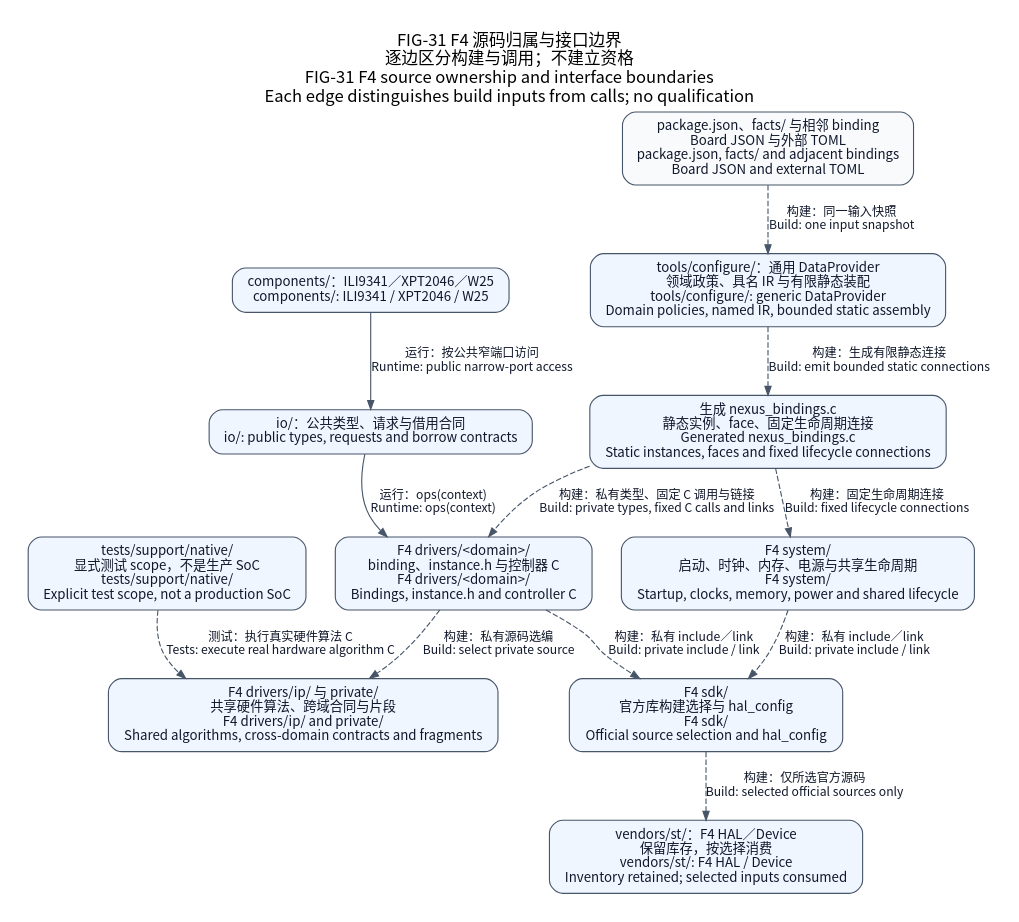
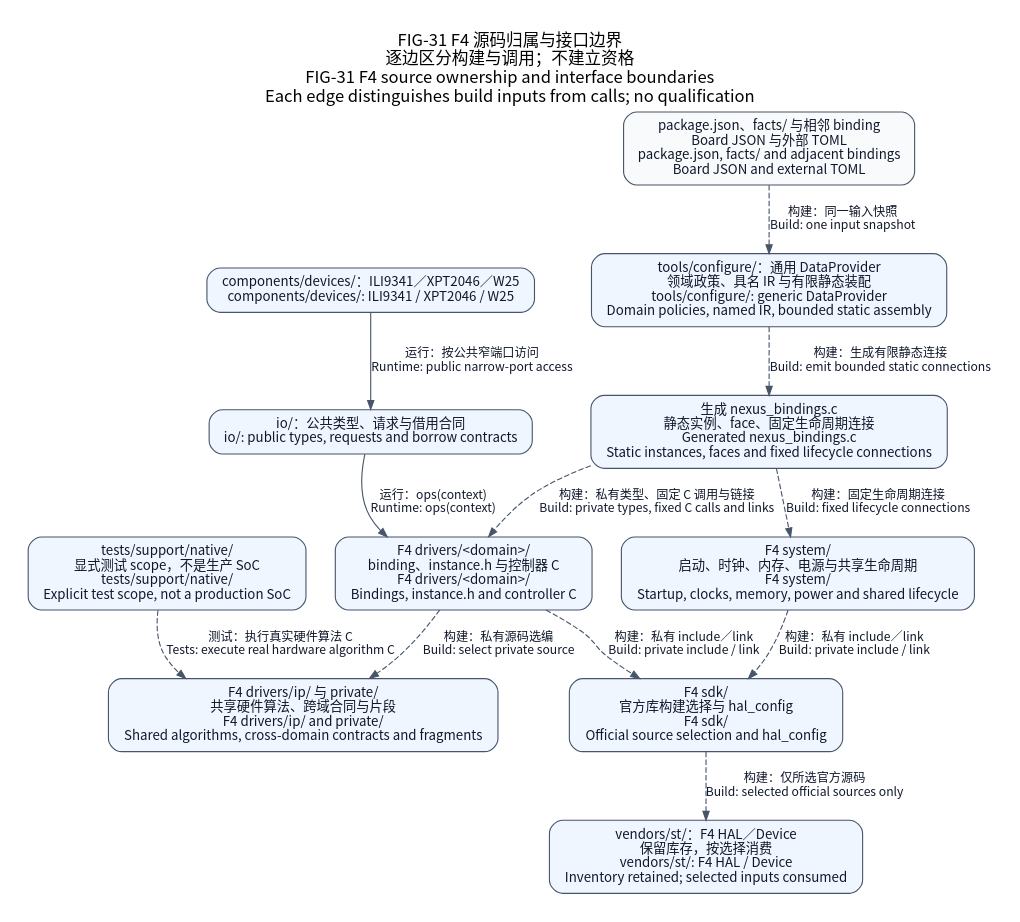
Before and after one commit to X-Gen-Lab/nexus: the diagram in docs/assets/diagrams/driver-source-ownership.dot, drawn with Graphviz. The commit also changed 327 other files, not shown here.

```diff
--- a/docs/assets/diagrams/driver-source-ownership.dot
+++ b/docs/assets/diagrams/driver-source-ownership.dot
@@ -1,29 +1,29 @@
 // Current scoped view. Build-time arrows and runtime calls are labeled explicitly.
 // Code basis: soc/stm32/stm32f4/CMakeLists.txt; tools/configure/data_provider.py; bindings.py; tests/support/native/CMakeLists.txt; io/include/nexus/io
 digraph F4SourceOwnership {
     graph [label="FIG-31 F4 源码归属与接口边界\n逐边区分构建与调用；不建立资格\nFIG-31 F4 source ownership and interface boundaries\nEach edge distinguishes build inputs from calls; no qualification", rankdir=TB, bgcolor="white", pad=0.25, nodesep=0.35, ranksep=0.52, fontname="Noto Sans CJK SC", fontsize=15, labelloc=t];
     node [shape=box, style="rounded,filled", fillcolor="#eff6ff", color="#475569", fontcolor="#0f172a", fontname="Noto Sans CJK SC", fontsize=12, margin="0.16,0.10"];
     edge [color="#475569", fontcolor="#0f172a", fontname="Noto Sans CJK SC", fontsize=11, arrowsize=0.8];
     io [label="io/：公共类型、请求与借用合同\nio/: public types, requests and borrow contracts"];
     f4 [label="F4 drivers/<domain>/\nbinding、instance.h 与控制器 C\nF4 drivers/<domain>/\nBindings, instance.h and controller C"];
     system [label="F4 system/\n启动、时钟、内存、电源与共享生命周期\nF4 system/\nStartup, clocks, memory, power and shared lifecycle"];
     ip [label="F4 drivers/ip/ 与 private/\n共享硬件算法、跨域合同与片段\nF4 drivers/ip/ and private/\nShared algorithms, cross-domain contracts and fragments"];
     sdk [label="F4 sdk/\n官方库构建选择与 hal_config\nF4 sdk/\nOfficial source selection and hal_config"];
     vendor [label="vendors/st/：F4 HAL／Device\n保留库存，按选择消费\nvendors/st/: F4 HAL / Device\nInventory retained; selected inputs consumed"];
     host [label="tests/support/native/\n显式测试 scope，不是生产 SoC\ntests/support/native/\nExplicit test scope, not a production SoC"];
-    components [label="components/：ILI9341／XPT2046／W25\ncomponents/: ILI9341 / XPT2046 / W25"];
+    components [label="components/devices/：ILI9341／XPT2046／W25\ncomponents/devices/: ILI9341 / XPT2046 / W25"];
     facts [label="package.json、facts/ 与相邻 binding\nBoard JSON 与外部 TOML\npackage.json, facts/ and adjacent bindings\nBoard JSON and external TOML", fillcolor="#f8fafc"];
     config [label="tools/configure/：通用 DataProvider\n领域政策、具名 IR 与有限静态装配\ntools/configure/: generic DataProvider\nDomain policies, named IR, bounded static assembly"];
     assembly [label="生成 nexus_bindings.c\n静态实例、face、固定生命周期连接\nGenerated nexus_bindings.c\nStatic instances, faces and fixed lifecycle connections"];
     components -> io [label="运行：按公共窄端口访问\nRuntime: public narrow-port access"];
     io -> f4 [label="运行：ops(context)\nRuntime: ops(context)"];
     f4 -> ip [label="构建：私有源码选编\nBuild: select private source", style=dashed];
     f4 -> sdk [label="构建：私有 include／link\nBuild: private include / link", style=dashed];
     system -> sdk [label="构建：私有 include／link\nBuild: private include / link", style=dashed];
     sdk -> vendor [label="构建：仅所选官方源码\nBuild: selected official sources only", style=dashed];
     host -> ip [label="测试：执行真实硬件算法 C\nTests: execute real hardware algorithm C", style=dashed];
     facts -> config [label="构建：同一输入快照\nBuild: one input snapshot", style=dashed];
     config -> assembly [label="构建：生成有限静态连接\nBuild: emit bounded static connections", style=dashed];
     assembly -> f4 [label="构建：私有类型、固定 C 调用与链接\nBuild: private types, fixed C calls and links", style=dashed];
     assembly -> system [label="构建：固定生命周期连接\nBuild: fixed lifecycle connections", style=dashed];
 }
```
